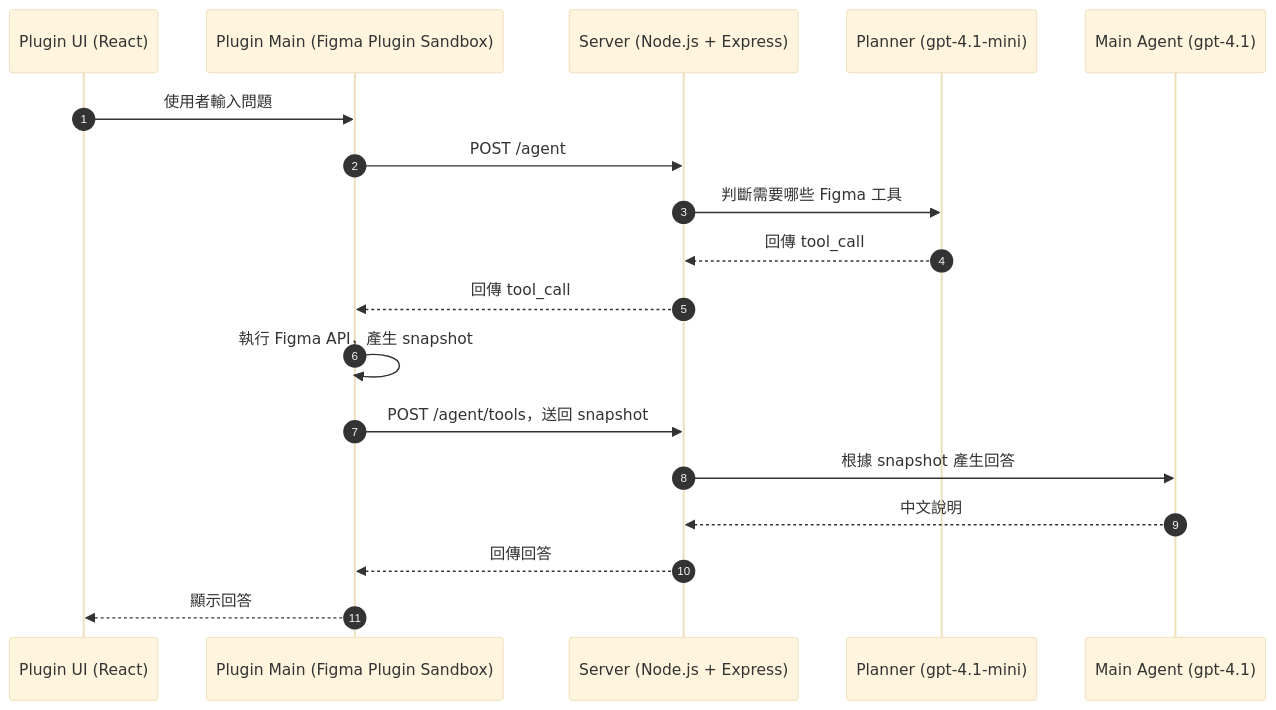
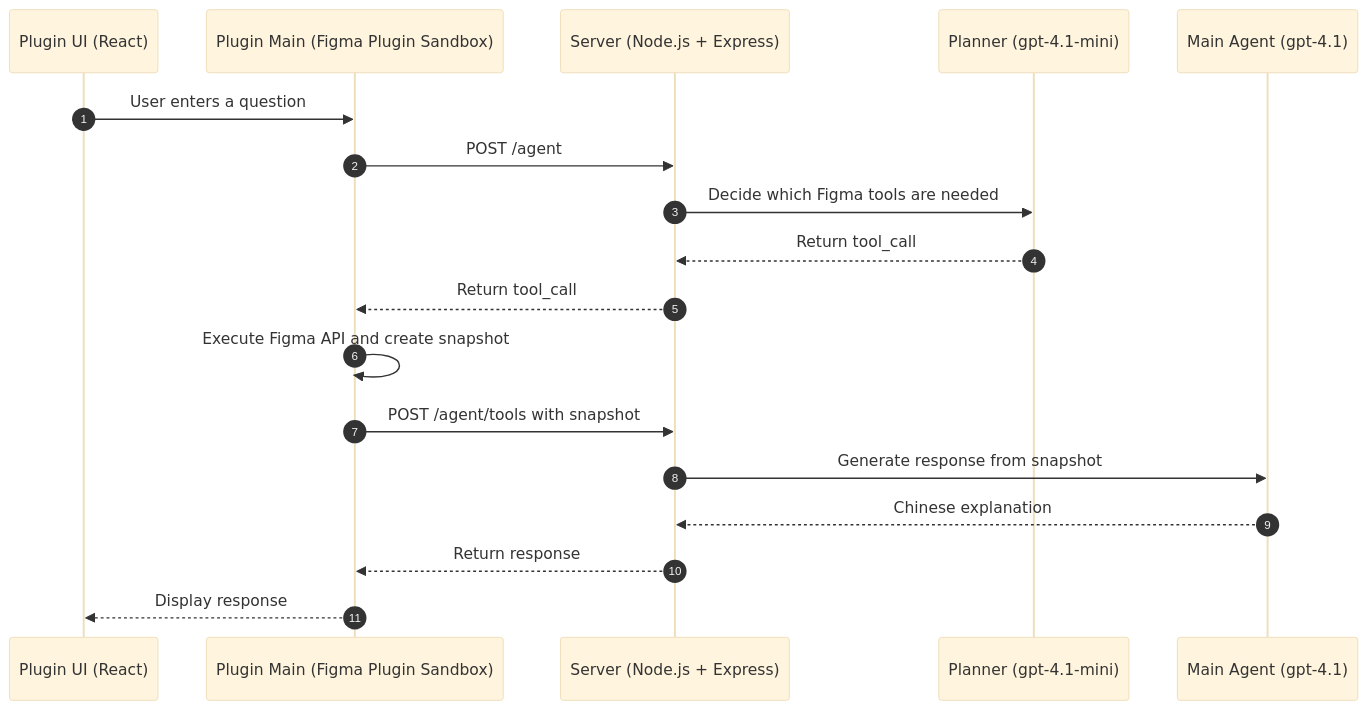
Before and after one commit to pohan-c-tw/lumina: the second of 2 diagrams in README.md, drawn with Mermaid (base theme). The commit also changed other lines of this file and 1 other file, not shown here.

````diff
--- a/README.md
+++ b/README.md
@@ -75,22 +93,22 @@
 ```mermaid
 sequenceDiagram
   autonumber
 
   participant UI as Plugin UI (React)
   participant Main as Plugin Main (Figma Plugin Sandbox)
   participant Server as Server (Node.js + Express)
   participant Planner as Planner (gpt-4.1-mini)
   participant Agent as Main Agent (gpt-4.1)
 
-  UI->>Main: 使用者輸入問題
+  UI->>Main: User enters a question
   Main->>Server: POST /agent
-  Server->>Planner: 判斷需要哪些 Figma 工具
-  Planner-->>Server: 回傳 tool_call
-  Server-->>Main: 回傳 tool_call
-  Main->>Main: 執行 Figma API，產生 snapshot
-  Main->>Server: POST /agent/tools，送回 snapshot
-  Server->>Agent: 根據 snapshot 產生回答
-  Agent-->>Server: 中文說明
-  Server-->>Main: 回傳回答
-  Main-->>UI: 顯示回答
+  Server->>Planner: Decide which Figma tools are needed
+  Planner-->>Server: Return tool_call
+  Server-->>Main: Return tool_call
+  Main->>Main: Execute Figma API and create snapshot
+  Main->>Server: POST /agent/tools with snapshot
+  Server->>Agent: Generate response from snapshot
+  Agent-->>Server: Chinese explanation
+  Server-->>Main: Return response
+  Main-->>UI: Display response
 ```
````
